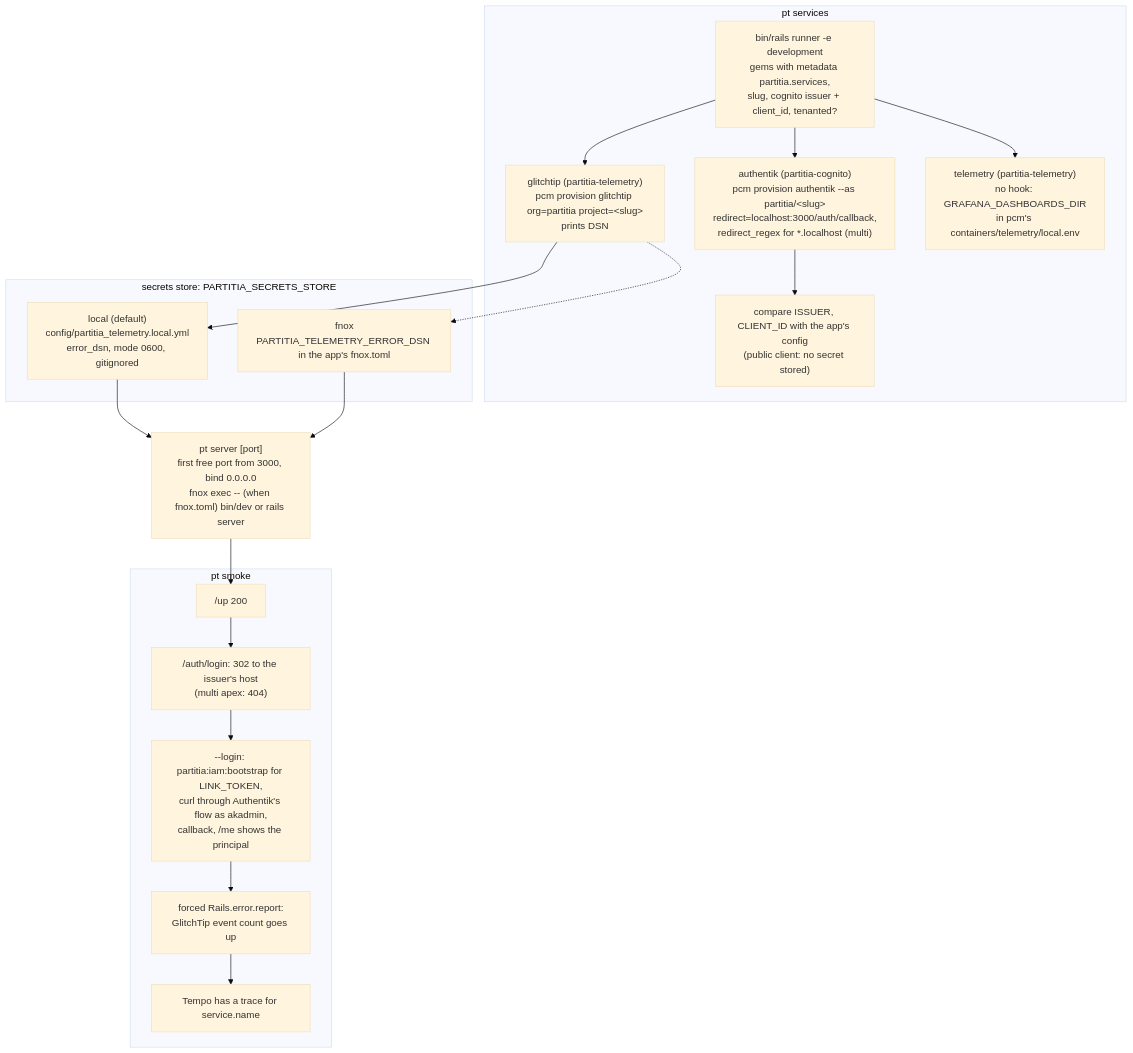
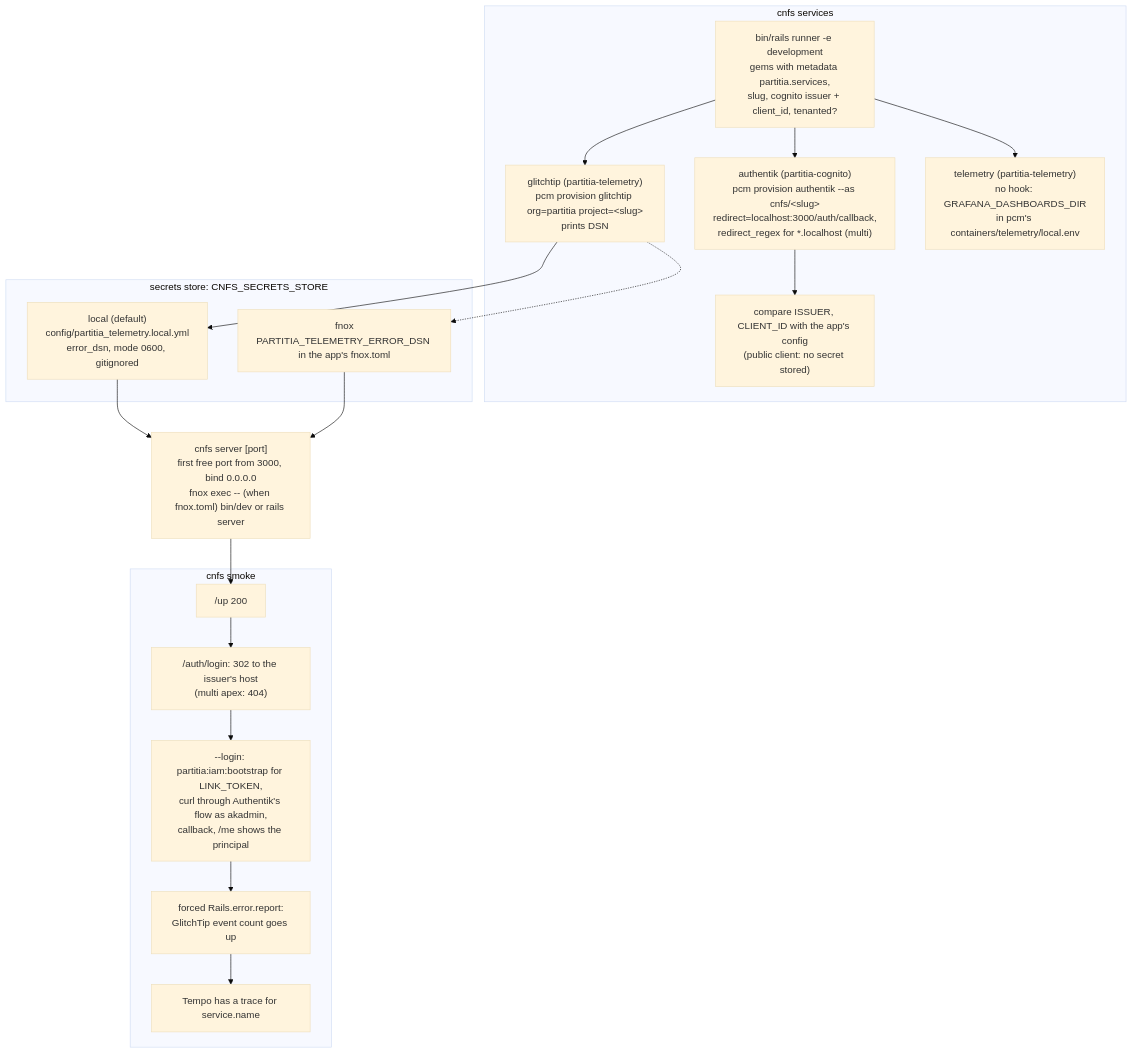
The eighth of 9 diagrams in DIAGRAMS.md (cnfs-io/partitia), drawn with Mermaid (base theme) before and after one commit. The commit also changed other lines of this file and 11 other files, not shown here.

First line of the commit message:
partitia: the CLI is cnfs (was partitia/pt): docs, installer messages, specs

````diff
--- a/DIAGRAMS.md
+++ b/DIAGRAMS.md
@@ -392,33 +392,33 @@
 ```mermaid
 flowchart TB
-  subgraph svc["pt services"]
+  subgraph svc["cnfs services"]
     probe["bin/rails runner -e development<br/>gems with metadata partitia.services,<br/>slug, cognito issuer + client_id, tenanted?"]
-    ak["authentik (partitia-cognito)<br/>pcm provision authentik --as partitia/#lt;slug#gt;<br/>redirect=localhost:3000/auth/callback,<br/>redirect_regex for *.localhost (multi)"]
+    ak["authentik (partitia-cognito)<br/>pcm provision authentik --as cnfs/#lt;slug#gt;<br/>redirect=localhost:3000/auth/callback,<br/>redirect_regex for *.localhost (multi)"]
     gt["glitchtip (partitia-telemetry)<br/>pcm provision glitchtip org=partitia project=#lt;slug#gt;<br/>prints DSN"]
     tel["telemetry (partitia-telemetry)<br/>no hook: GRAFANA_DASHBOARDS_DIR<br/>in pcm's containers/telemetry/local.env"]
     cmp["compare ISSUER, CLIENT_ID with the app's config<br/>(public client: no secret stored)"]
     probe --> ak & gt & tel
     ak --> cmp
   end
 
-  subgraph store["secrets store: PARTITIA_SECRETS_STORE"]
+  subgraph store["secrets store: CNFS_SECRETS_STORE"]
     local["local (default)<br/>config/partitia_telemetry.local.yml<br/>error_dsn, mode 0600, gitignored"]
     fnox["fnox<br/>PARTITIA_TELEMETRY_ERROR_DSN in the app's fnox.toml"]
   end
   gt --> local
   gt -.-> fnox
 
-  server["pt server [port]<br/>first free port from 3000, bind 0.0.0.0<br/>fnox exec -- (when fnox.toml) bin/dev or rails server"]
+  server["cnfs server [port]<br/>first free port from 3000, bind 0.0.0.0<br/>fnox exec -- (when fnox.toml) bin/dev or rails server"]
   local --> server
   fnox --> server
 
-  subgraph smoke["pt smoke"]
+  subgraph smoke["cnfs smoke"]
     up["/up 200"]
     login["/auth/login: 302 to the issuer's host<br/>(multi apex: 404)"]
     full["--login: partitia:iam:bootstrap for LINK_TOKEN,<br/>curl through Authentik's flow as akadmin,<br/>callback, /me shows the principal"]
     err["forced Rails.error.report:<br/>GlitchTip event count goes up"]
     trace["Tempo has a trace for service.name"]
     up --> login --> full --> err --> trace
   end
   server --> up
 ```
````
